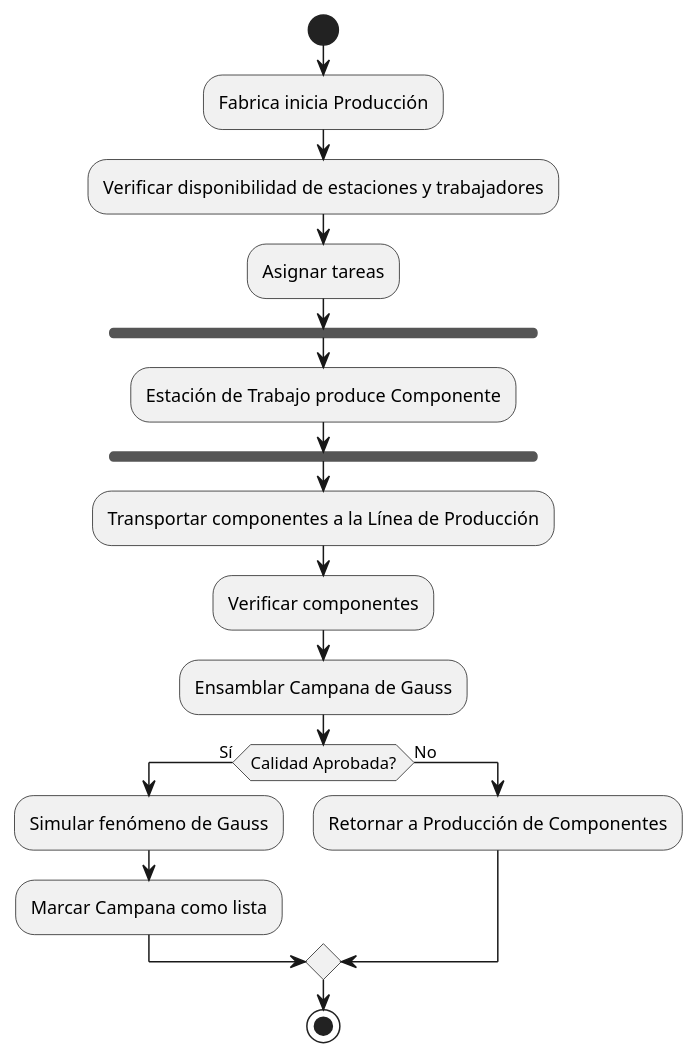
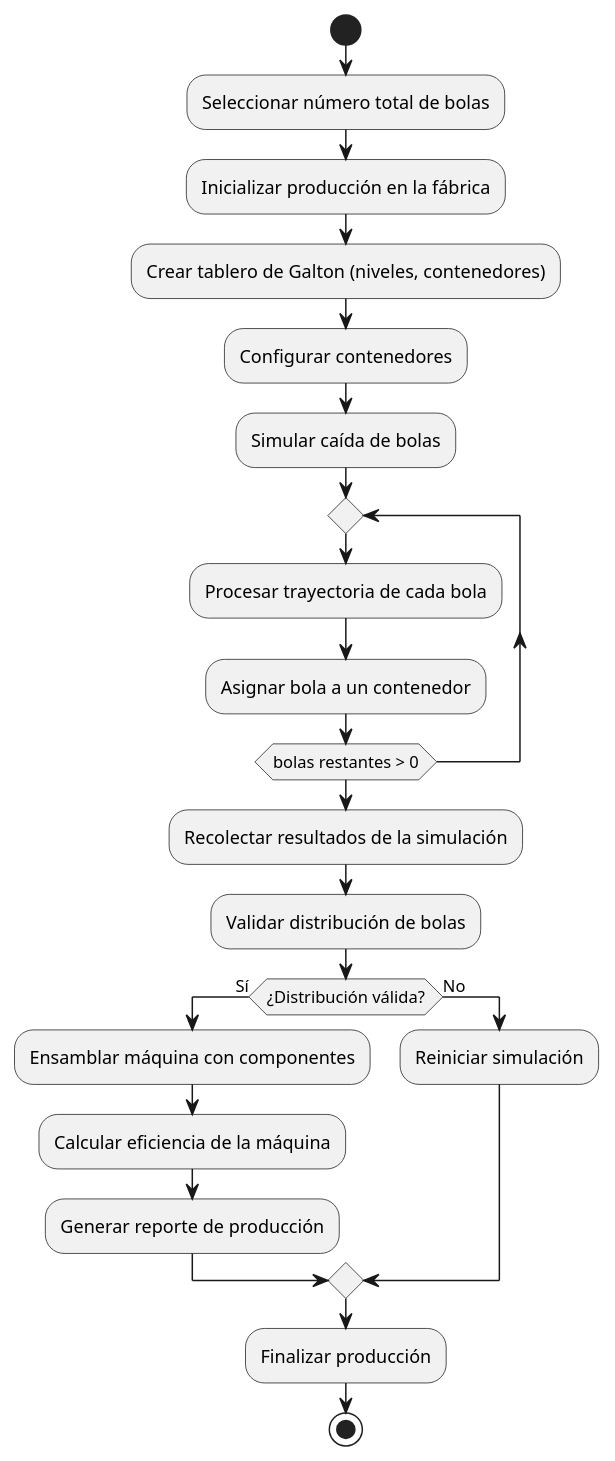
Before and after one commit to Parc2Galton/Parcial2: the diagram in src/main/java/UML/Actividades.puml, drawn with PlantUML. The commit also changed 2 other files, not shown here.

```diff
--- a/src/main/java/UML/Actividades.puml
+++ b/src/main/java/UML/Actividades.puml
@@ -1,27 +1,25 @@
 @startuml
+start
+:Seleccionar número total de bolas;
+:Inicializar producción en la fábrica;
+:Crear tablero de Galton (niveles, contenedores);
+:Configurar contenedores;
+:Simular caída de bolas;
 
-start
-:Fabrica inicia Producción;
+repeat
+    :Procesar trayectoria de cada bola;
+    :Asignar bola a un contenedor;
+repeat while (bolas restantes > 0)
 
-:Verificar disponibilidad de estaciones y trabajadores;
-:Asignar tareas;
-
-fork
-  :Estación de Trabajo produce Componente;
-end fork
-
-:Transportar componentes a la Línea de Producción;
-
-:Verificar componentes;
-:Ensamblar Campana de Gauss;
-
-if (Calidad Aprobada?) then (Sí)
-  :Simular fenómeno de Gauss;
-  :Marcar Campana como lista;
+:Recolectar resultados de la simulación;
+:Validar distribución de bolas;
+if (¿Distribución válida?) then (Sí)
+    :Ensamblar máquina con componentes;
+    :Calcular eficiencia de la máquina;
+    :Generar reporte de producción;
 else (No)
-  :Retornar a Producción de Componentes;
+    :Reiniciar simulación;
 endif
-
+:Finalizar producción;
 stop
-
 @enduml
```
